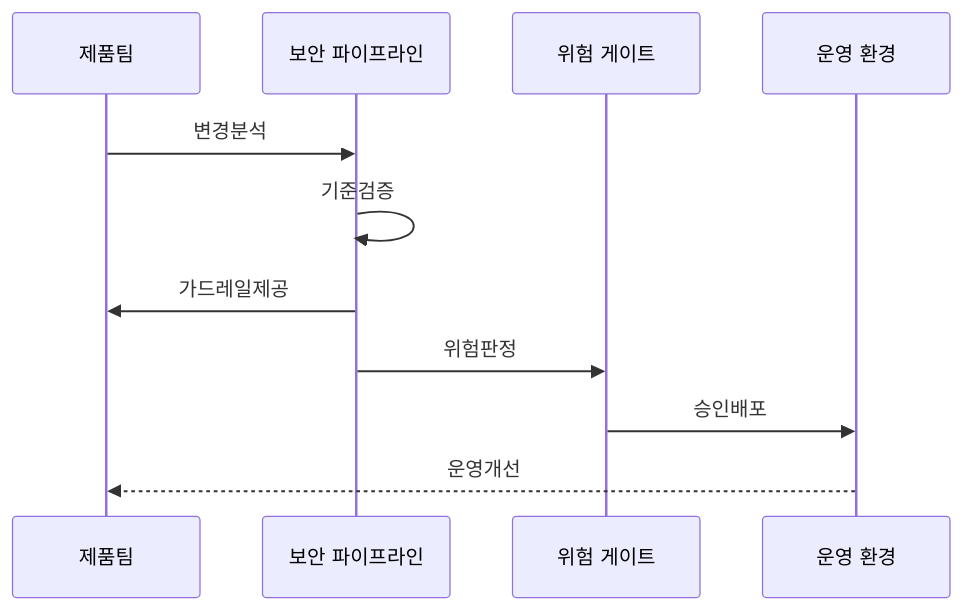
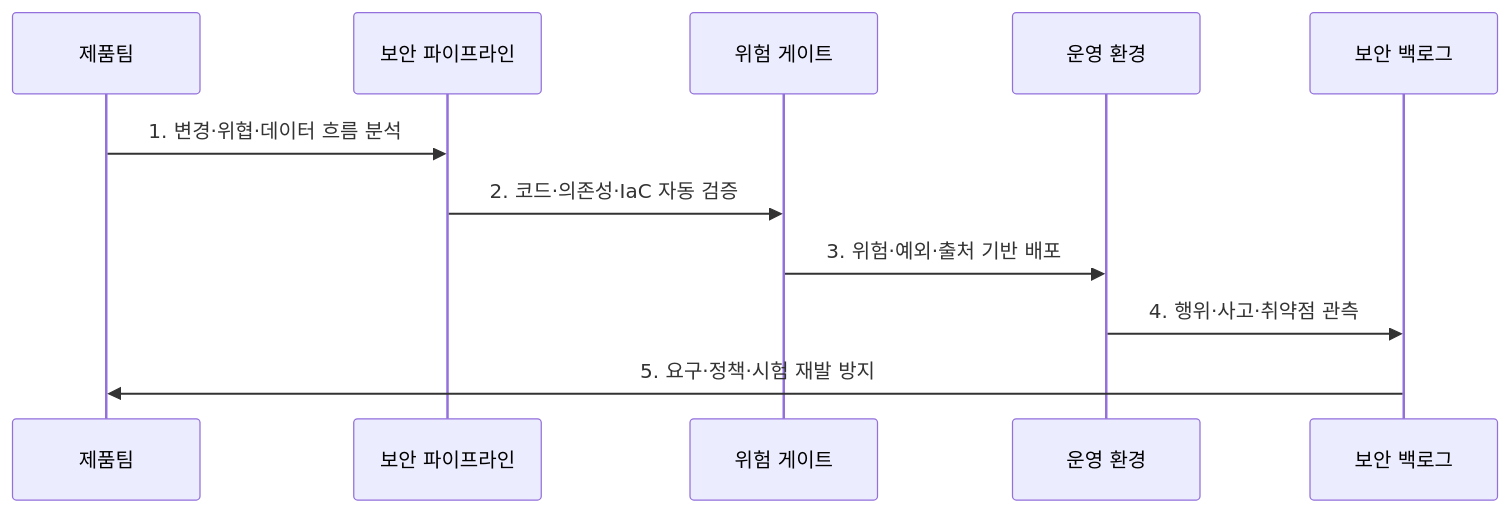
Before and after one commit to agnusdei1207/knowledge-base: the second of 2 diagrams in src/content/docs/notes/05-security/144_devsecops_shift_left.md, drawn with Mermaid. The commit also changed other lines of this file and 6 other files, not shown here.

````diff
--- a/src/content/docs/notes/05-security/144_devsecops_shift_left.md
+++ b/src/content/docs/notes/05-security/144_devsecops_shift_left.md
@@ -84,13 +80,13 @@
 ```mermaid
 sequenceDiagram
-    participant T as 제품팀
-    participant P as 보안 파이프라인
-    participant G as 위험 게이트
-    participant O as 운영 환경
-    T->>P: 변경분석
-    P->>P: 기준검증
-    P->>T: 가드레일제공
-    P->>G: 위험판정
-    G->>O: 승인배포
-    O-->>T: 운영개선
+  participant T as 제품팀
+  participant P as 보안 파이프라인
+  participant G as 위험 게이트
+  participant O as 운영 환경
+  participant B as 보안 백로그
+  T->>P: 1. 변경·위협·데이터 흐름 분석
+  P->>G: 2. 코드·의존성·IaC 자동 검증
+  G->>O: 3. 위험·예외·출처 기반 배포
+  O->>B: 4. 행위·사고·취약점 관측
+  B->>T: 5. 요구·정책·시험 재발 방지
 ```
````
